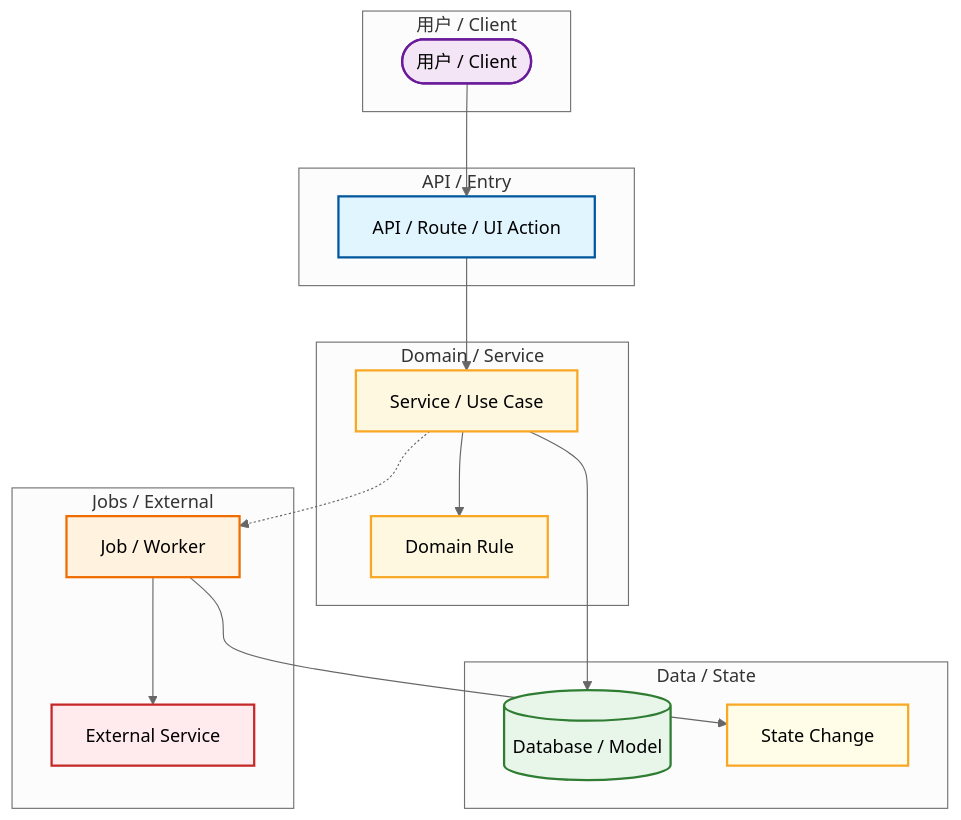
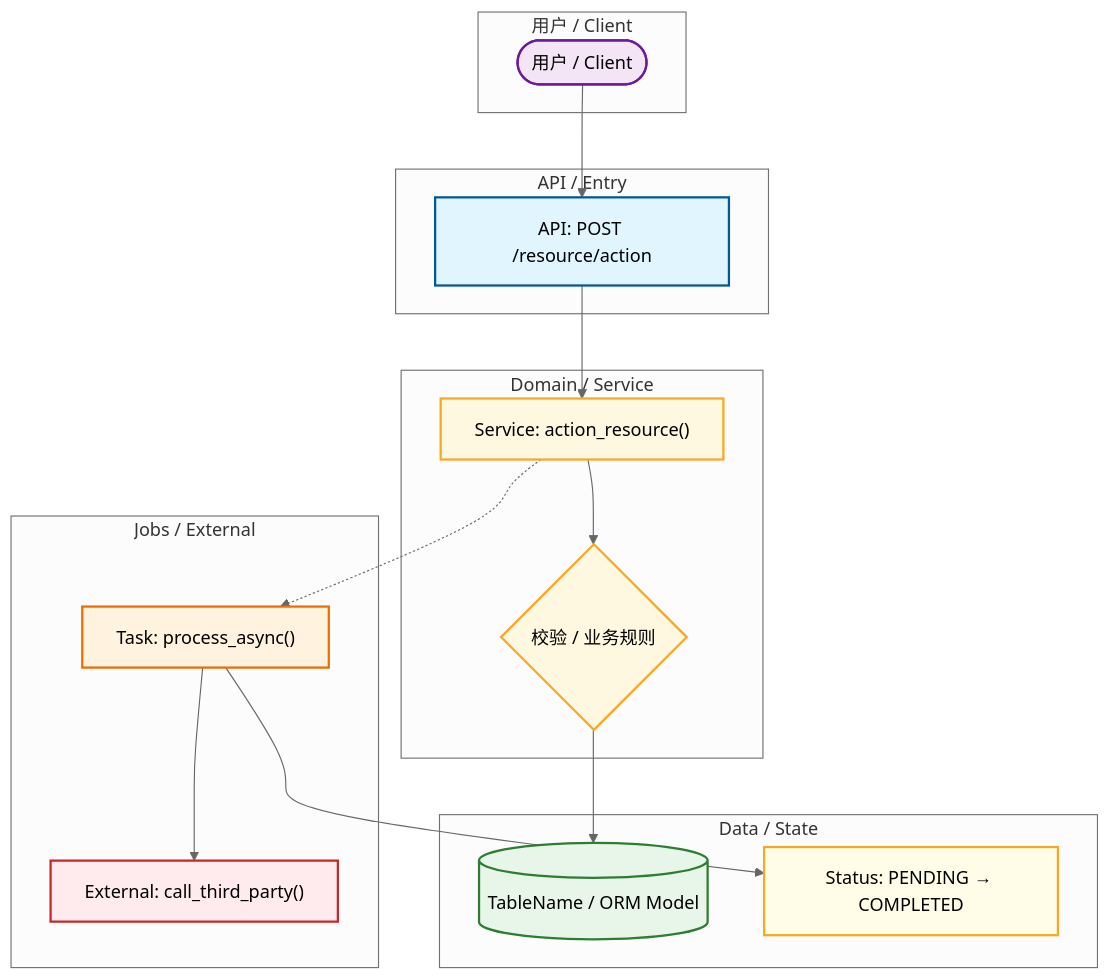
The first of 2 diagrams in templates/onboarding-db/diagram.md (Shadow-linux/agent-loop), drawn with Mermaid (neutral theme) before and after one commit. The commit also changed other lines of this file and 6 other files, not shown here.

First line of the commit message:
feat(v1.2.0): 强化 onboarding scan 图强制性与完整性

````diff
--- a/templates/onboarding-db/diagram.md
+++ b/templates/onboarding-db/diagram.md
@@ -16,47 +69,47 @@
 ```mermaid
 flowchart TB
   subgraph UserLayer["用户 / Client"]
     USER([用户 / Client])
   end
 
   subgraph APILayer["API / Entry"]
-    API["API / Route / UI Action"]
+    API["API: POST /resource/action"]
   end
 
   subgraph DomainLayer["Domain / Service"]
-    SERVICE["Service / Use Case"]
-    DOMAIN["Domain Rule"]
+    SERVICE["Service: action_resource()"]
+    DOMAIN{"校验 / 业务规则"}
   end
 
   subgraph DataLayer["Data / State"]
-    DB[(Database / Model)]
-    STATE["State Change"]
+    DB[(TableName / ORM Model)]
+    STATE["Status: PENDING → COMPLETED"]
   end
 
   subgraph RuntimeLayer["Jobs / External"]
-    TASK["Job / Worker"]
-    EXT["External Service"]
+    TASK["Task: process_async()"]
+    EXT["External: call_third_party()"]
   end
 
   USER --> API --> SERVICE --> DOMAIN
-  SERVICE --> DB
+  DOMAIN --> DB
   SERVICE -.-> TASK
   TASK --> EXT
   TASK --> STATE
 
   classDef user fill:#f3e5f5,stroke:#6a1b9a,stroke-width:2px,color:#000
   classDef api fill:#e1f5ff,stroke:#01579b,stroke-width:2px,color:#000
   classDef domain fill:#fff8e1,stroke:#f9a825,stroke-width:2px,color:#000
   classDef task fill:#fff3e0,stroke:#ef6c00,stroke-width:2px,color:#000
   classDef db fill:#e8f5e9,stroke:#2e7d32,stroke-width:2px,color:#000
   classDef external fill:#ffebee,stroke:#c62828,stroke-width:2px,color:#000
   classDef state fill:#fffde7,stroke:#f9a825,stroke-width:2px,color:#000
 
   class USER user
   class API api
   class SERVICE,DOMAIN domain
   class DB db
   class TASK task
   class EXT external
   class STATE state
 ```
````
